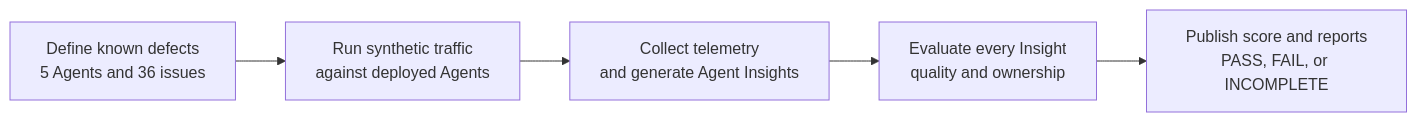
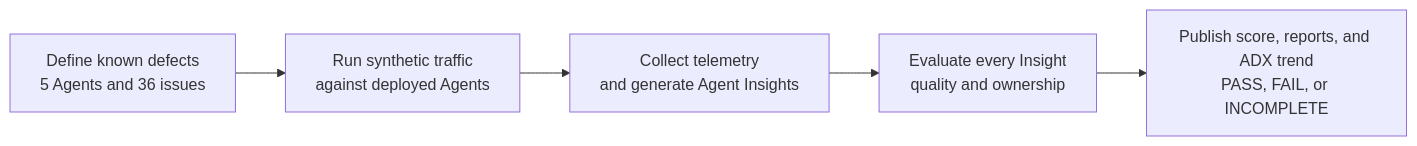
One commit to ninghu/agent-insights-quality changed the diagram in docs/FRAMEWORK_OVERVIEW.md. Above: the diagram before and after it, drawn with Mermaid. The commit also changed 25 other files, not shown here.

````diff
--- a/docs/FRAMEWORK_OVERVIEW.md
+++ b/docs/FRAMEWORK_OVERVIEW.md
@@ -9,10 +9,10 @@
 ```mermaid
 flowchart LR
     A[Define known defects<br/>5 Agents and 36 issues]
     B[Run synthetic traffic<br/>against deployed Agents]
     C[Collect telemetry<br/>and generate Agent Insights]
     D[Evaluate every Insight<br/>quality and ownership]
-    E[Publish score and reports<br/>PASS, FAIL, or INCOMPLETE]
+    E[Publish score, reports, and ADX trend<br/>PASS, FAIL, or INCOMPLETE]
 
     A --> B --> C --> D --> E
 ```
````
